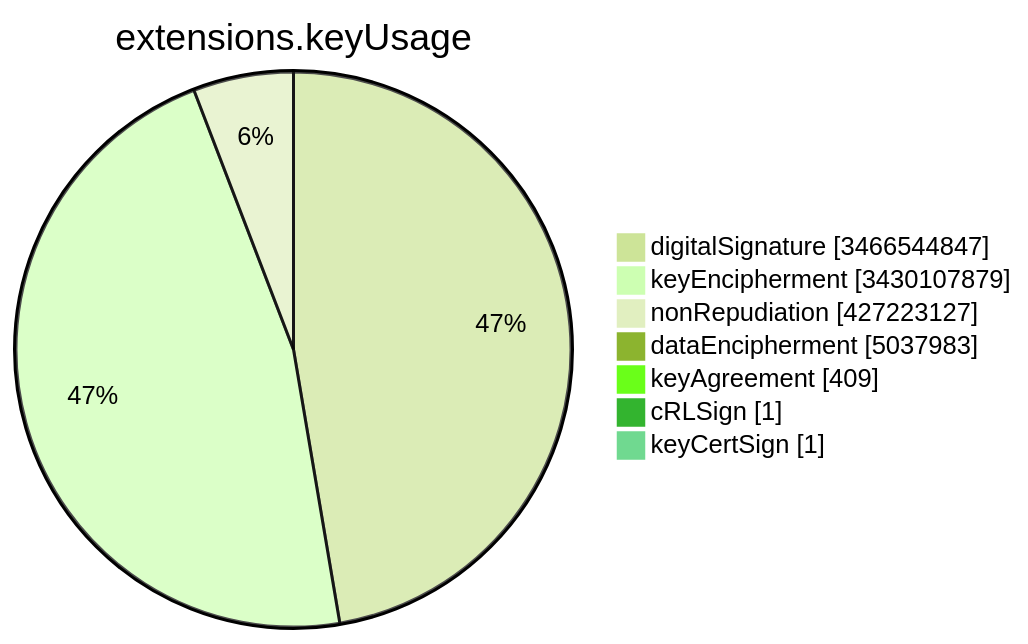
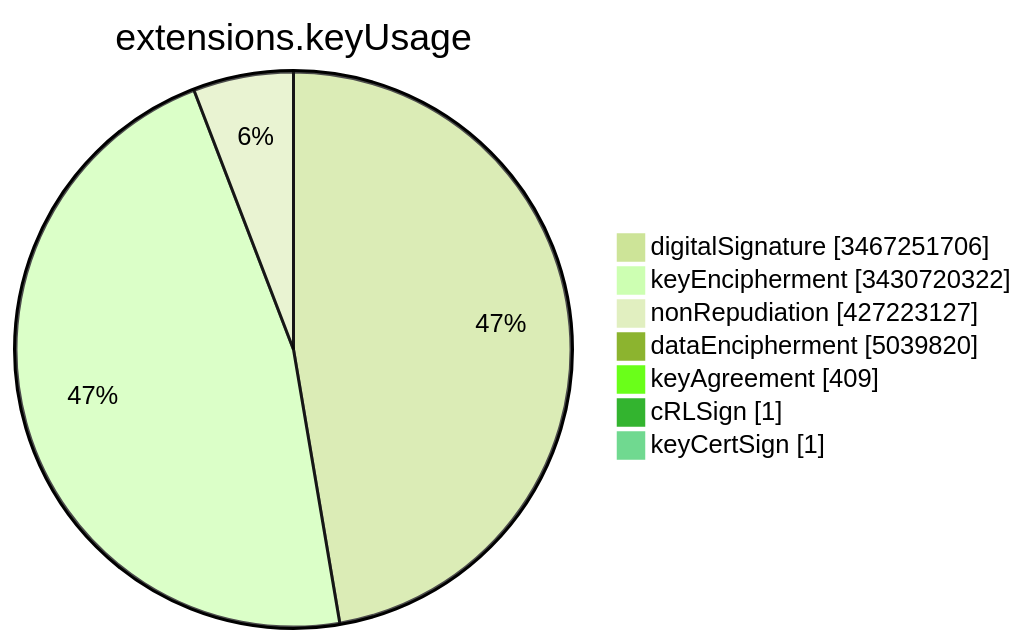
The sixth of 15 diagrams in TOTAL/README.md (christiankrug/ctmonitor_visualization), drawn with Mermaid (forest theme) before and after one commit. The commit also changed other lines of this file, not shown here.

````diff
--- a/TOTAL/README.md
+++ b/TOTAL/README.md
@@ -3082,11 +3082,11 @@
 ```mermaid
 pie showData
 title extensions.keyUsage
-"digitalSignature" :3466544847
-"keyEncipherment" :3430107879
+"digitalSignature" :3467251706
+"keyEncipherment" :3430720322
 "nonRepudiation" :427223127
-"dataEncipherment" :5037983
+"dataEncipherment" :5039820
 "keyAgreement" :409
 "cRLSign" :1
 "keyCertSign" :1
 ```
````
